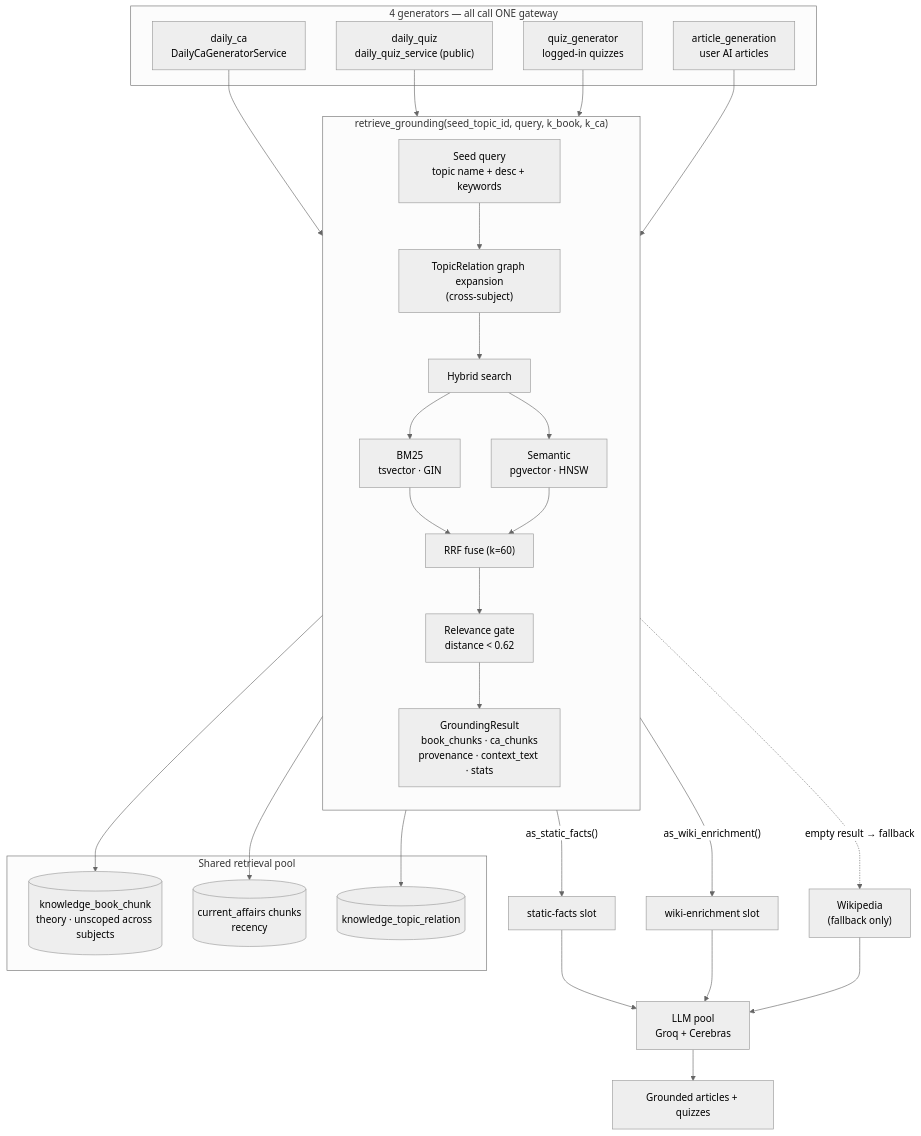
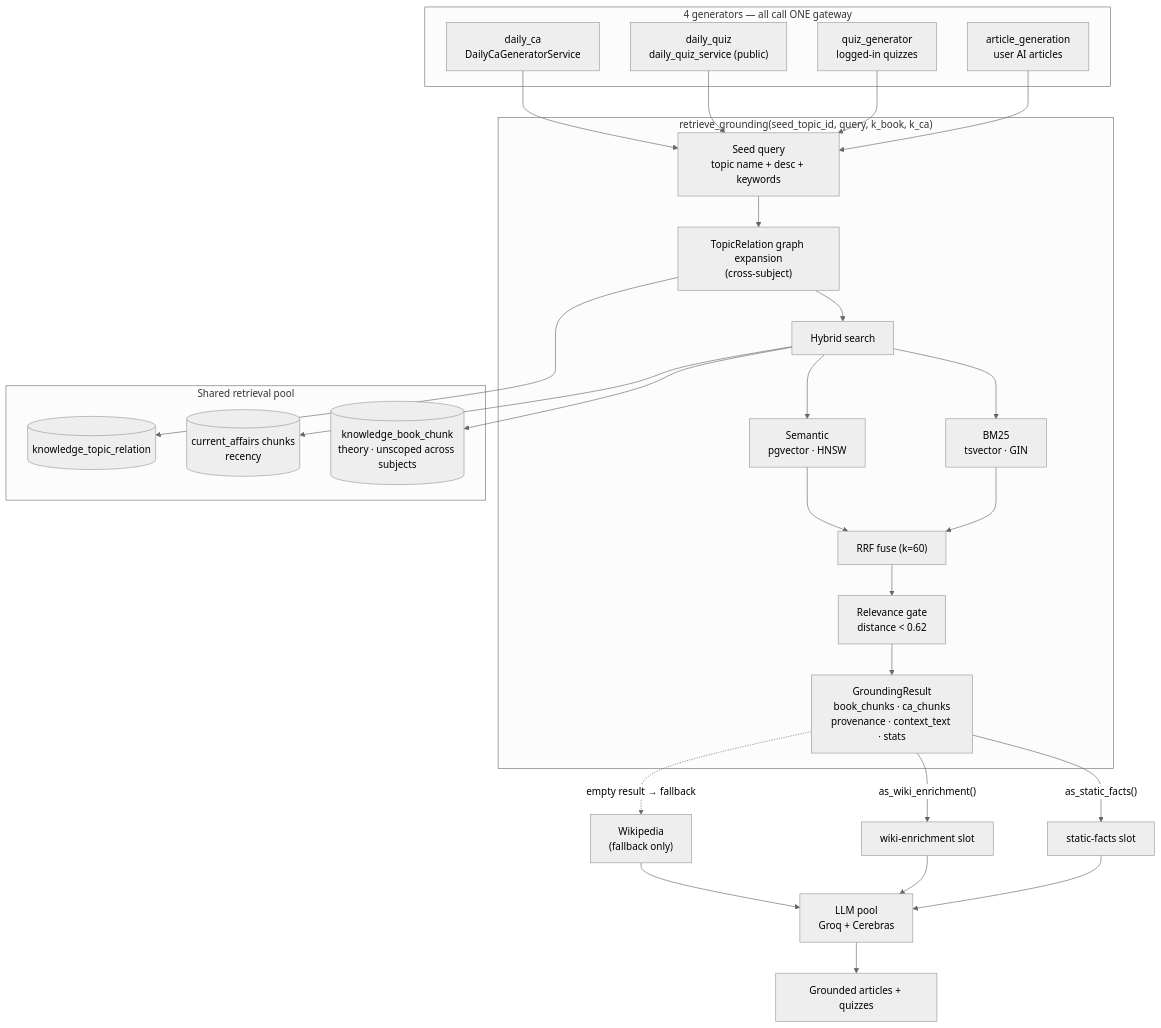
One commit to vishalgoyal25/TheKnowledgeOrbits changed the third of 15 diagrams in README.md. Above: the diagram before and after it, drawn with Mermaid (neutral theme). The commit also changed other lines of this file and 1 other file, not shown here.

Commit message:
docs: fix mermaid subgraph-edge rendering bugs, update test count to 714

````diff
--- a/README.md
+++ b/README.md
@@ -261,44 +259,43 @@
 ```mermaid
 flowchart TB
     subgraph Consumers["4 generators — all call ONE gateway"]
         C1["daily_ca<br/>DailyCaGeneratorService"]
         C2["daily_quiz<br/>daily_quiz_service (public)"]
         C3["quiz_generator<br/>logged-in quizzes"]
         C4["article_generation<br/>user AI articles"]
     end
 
-    C1 --> GW
-    C2 --> GW
-    C3 --> GW
-    C4 --> GW
+    C1 --> SEED
+    C2 --> SEED
+    C3 --> SEED
+    C4 --> SEED
 
     subgraph GW["retrieve_grounding(seed_topic_id, query, k_book, k_ca)"]
-        direction TB
         SEED["Seed query<br/>topic name + desc + keywords"] --> EXP["TopicRelation graph expansion<br/>(cross-subject)"]
         EXP --> HS["Hybrid search"]
         HS --> BM["BM25<br/>tsvector · GIN"]
         HS --> VE["Semantic<br/>pgvector · HNSW"]
         BM --> RRF["RRF fuse (k=60)"]
         VE --> RRF
         RRF --> GATE["Relevance gate<br/>distance &lt; 0.62"]
         GATE --> RES["GroundingResult<br/>book_chunks · ca_chunks<br/>provenance · context_text · stats"]
     end
 
     subgraph Pool["Shared retrieval pool"]
         BC[("knowledge_book_chunk<br/>theory · unscoped across subjects")]
         CA[("current_affairs chunks<br/>recency")]
         TR[("knowledge_topic_relation")]
     end
     HS --> BC
     HS --> CA
     EXP --> TR
 
     RES -->|"as_static_facts()"| S1["static-facts slot"]
     RES -->|"as_wiki_enrichment()"| S2["wiki-enrichment slot"]
     RES -.->|empty result → fallback| WIKI["Wikipedia<br/>(fallback only)"]
 
     S1 --> LLM2["LLM pool<br/>Groq + Cerebras"]
     S2 --> LLM2
     WIKI --> LLM2
     LLM2 --> OUT2["Grounded articles + quizzes"]
 ```
````
